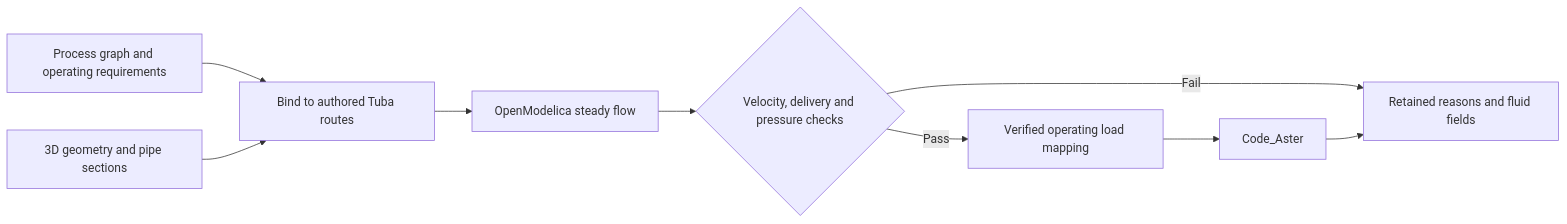
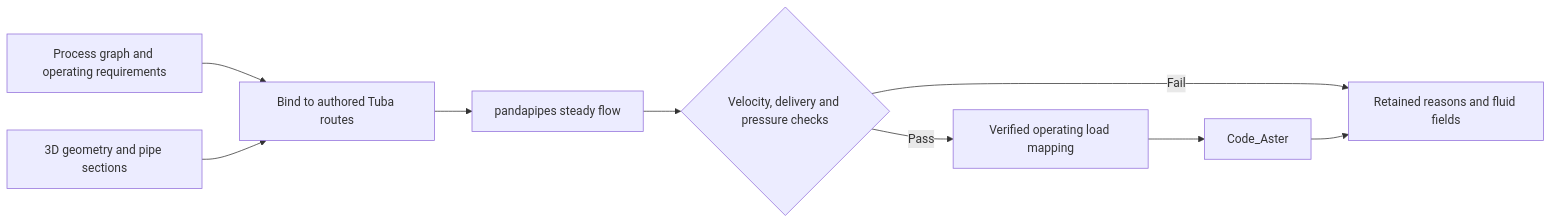
Before and after one commit to jgwagenfeld/Tuba_v4: the diagram in docs/content/process-networks.md, drawn with Mermaid. The commit also changed other lines of this file and 28 other files, not shown here.

Commit message:
Use pandapipes for qualified steady process coupling

````diff
--- a/docs/content/process-networks.md
+++ b/docs/content/process-networks.md
@@ -8,11 +8,11 @@
 ```mermaid
 flowchart LR
     P[Process graph and operating requirements] --> B[Bind to authored Tuba routes]
     G[3D geometry and pipe sections] --> B
-    B --> M[OpenModelica steady flow]
+    B --> M[pandapipes steady flow]
     M --> C{Velocity, delivery and pressure checks}
     C -->|Fail| R[Retained reasons and fluid fields]
     C -->|Pass| L[Verified operating load mapping]
     L --> A[Code_Aster]
     A --> R
 ```
````
